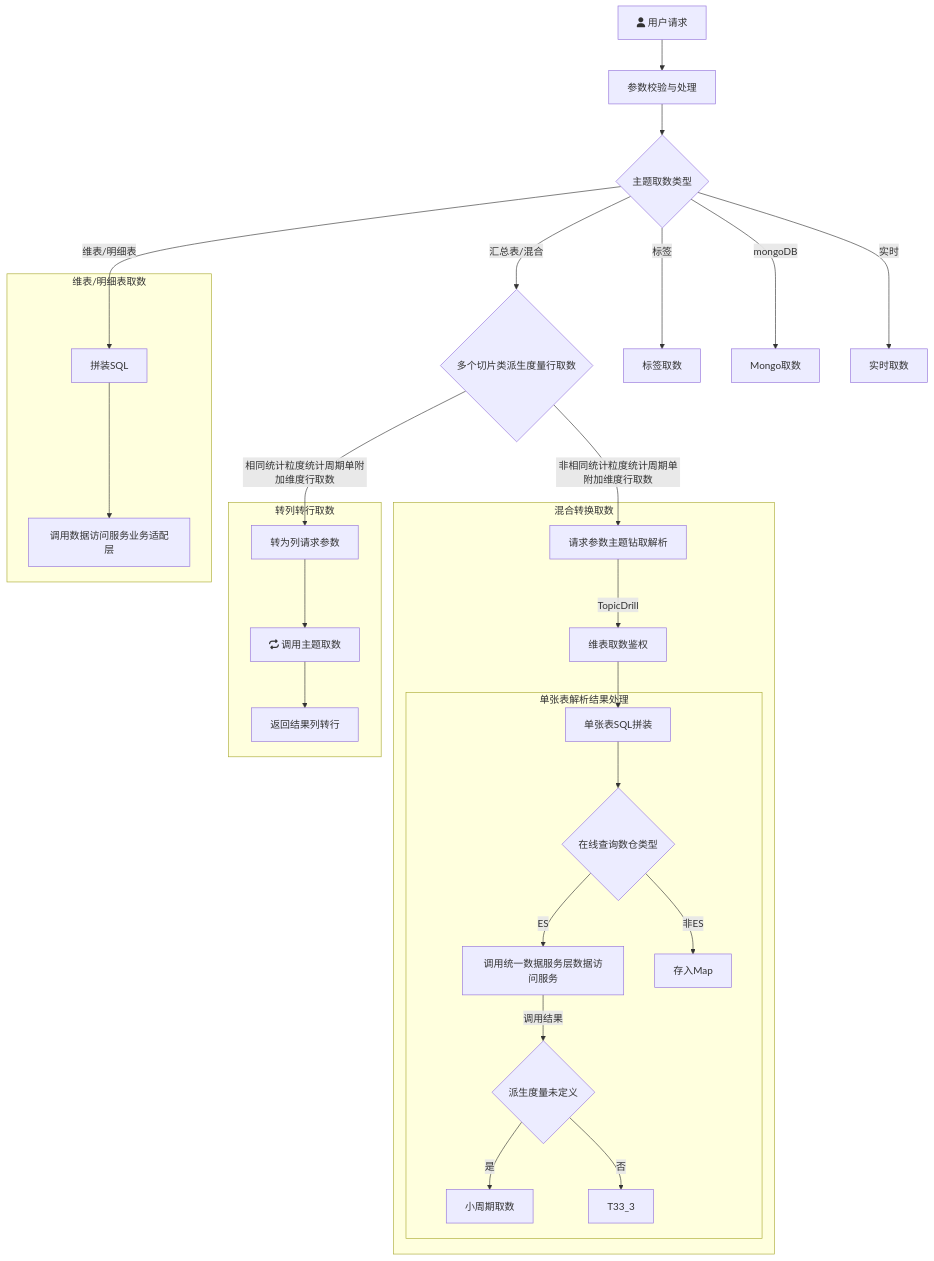
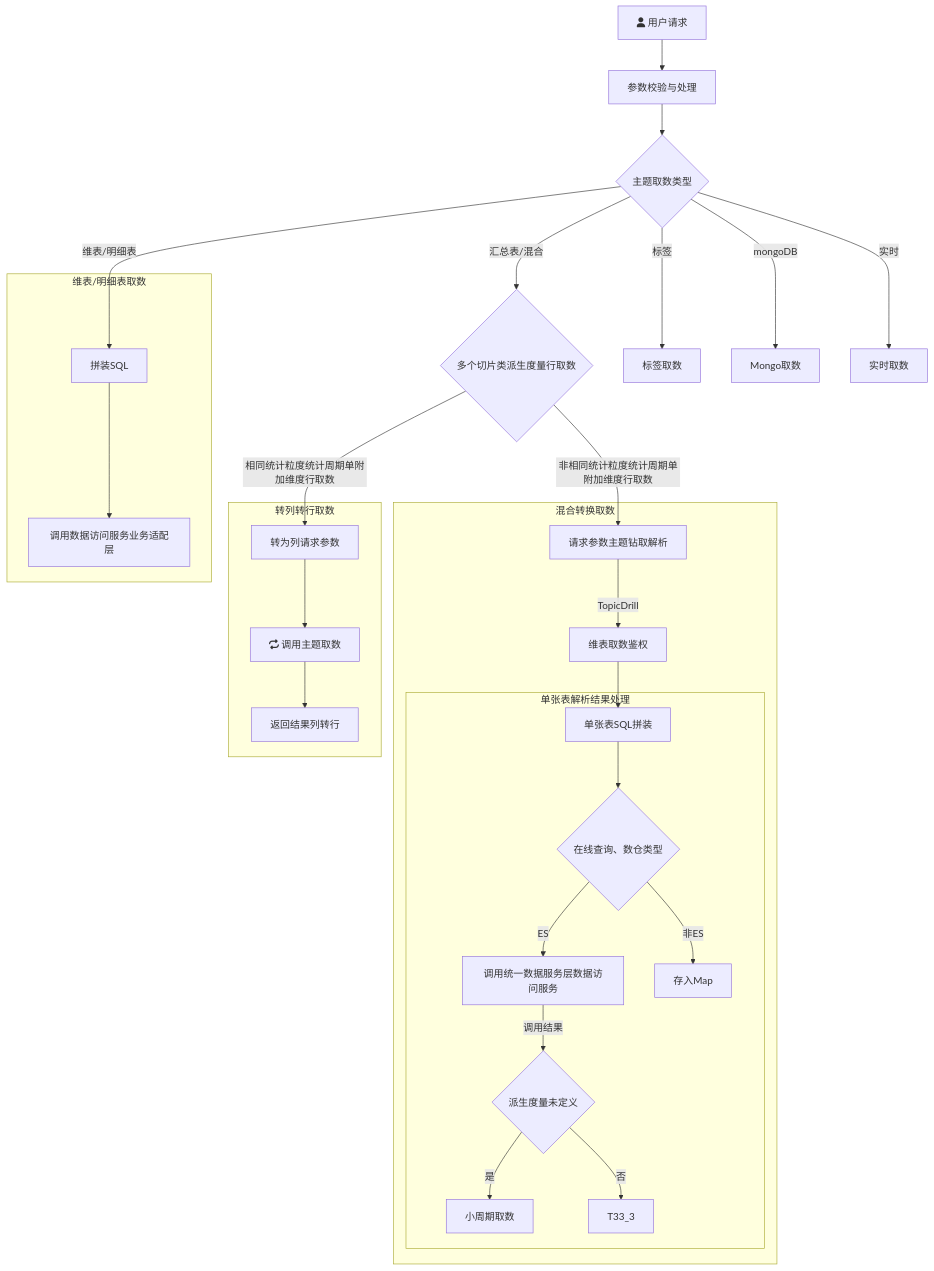
One commit to yanglosm/iodraw-files changed the diagram in all/未命名.md. Above: the diagram before and after it, drawn with Mermaid.

Commit message:
2024-11-29 19:04:44 update

````diff
--- a/all/未命名.md
+++ b/all/未命名.md
@@ -1,26 +1,26 @@
 ```mermaid
 flowchart TD
     A[fa:fa-user 用户请求] -->A1[参数校验与处理] --> B{主题取数类型}
     B -->|维表/明细表| D[拼装SQL]
     B -->|汇总表/混合| E{多个切片类派生度量行取数}
     B -->|标签| F[标签取数]
     B -->|mongoDB| G[Mongo取数]
     B -->|实时| H[实时取数]
     E -->|相同统计粒度统计周期单附加维度行取数| E1[转为列请求参数]
     E -->|非相同统计粒度统计周期单附加维度行取数| T1[请求参数主题钻取解析]
     subgraph 维表/明细表取数
     D-->D1[调用数据访问服务业务适配层]
     end
     subgraph 转列转行取数
     E1-->E11[fa:fa-repeat 调用主题取数]-->E12[返回结果列转行]
     end
     subgraph 混合转换取数
     T1-->|TopicDrill| T2[维表取数鉴权] --> T31[单张表SQL拼装]
         subgraph 单张表解析结果处理
-        T31 --> T4{在线查询数仓类型}-->|ES|T32[调用统一数据服务层数据访问服务] --> |调用结果|T33{派生度量未定义}
+        T31 --> T4{在线查询、数仓类型}-->|ES|T32[调用统一数据服务层数据访问服务] --> |调用结果|T33{派生度量未定义}
         T33 --> |是|T33_1[小周期取数]
         T33 --> |否|T33_3
         T4 --> |非ES|T41[存入Map]
         end
     end
 ```
````
